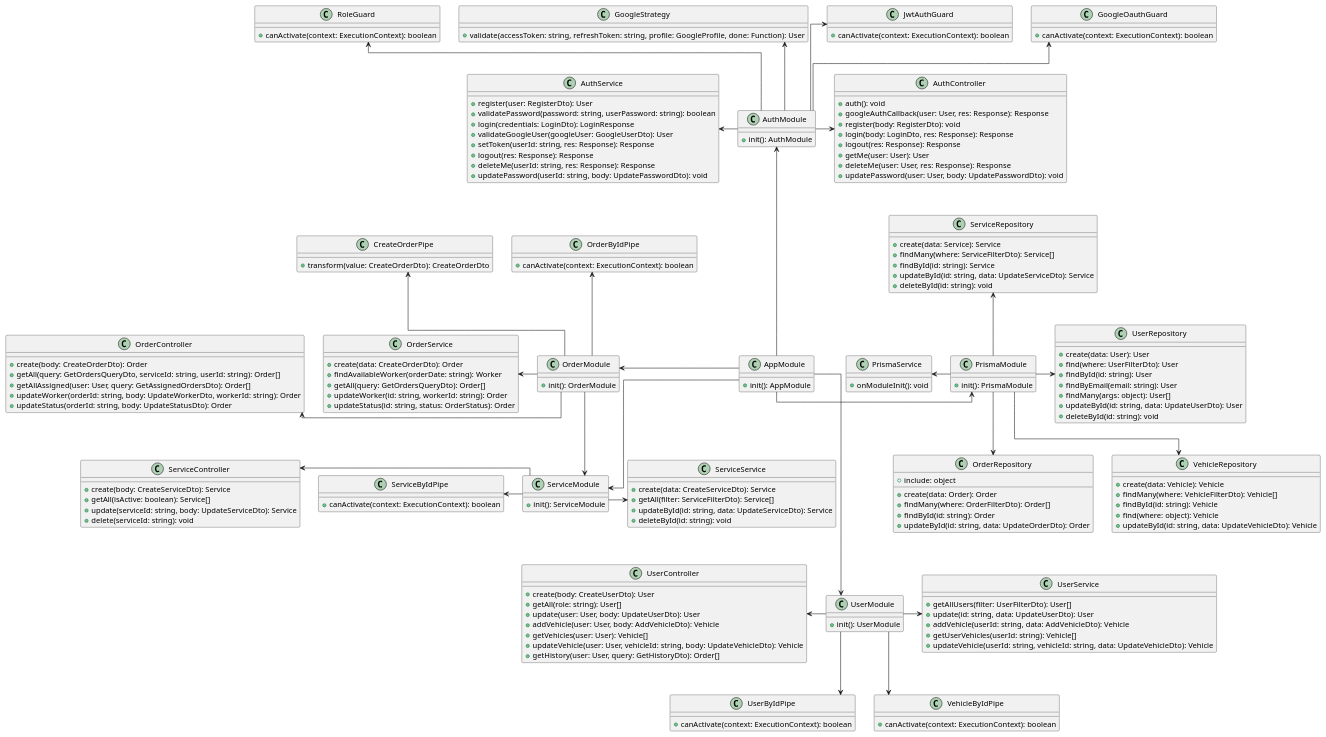
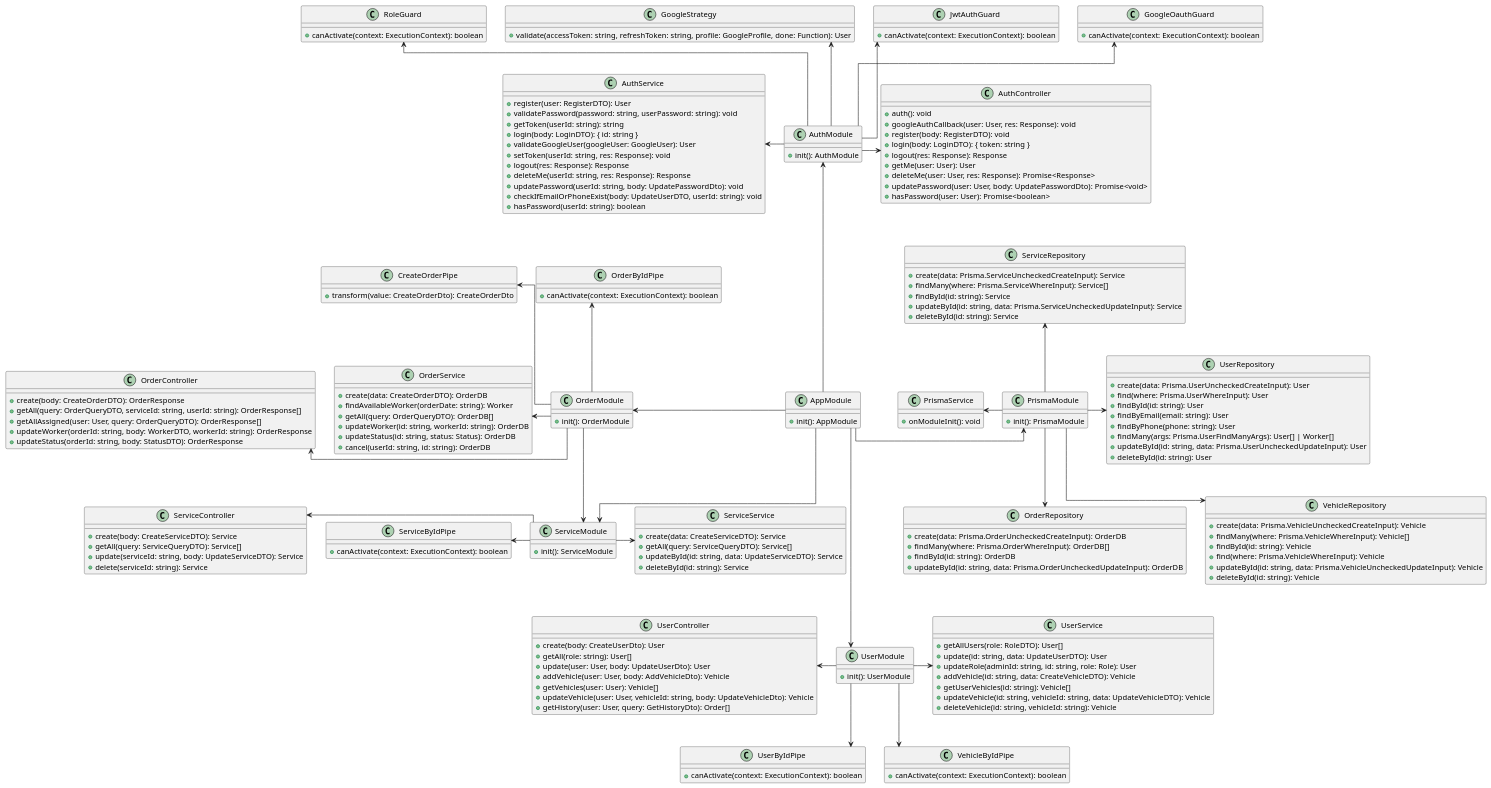
One commit to JessFreak/ServiceStation changed the diagram in diagrams/back/ClassDiagram.puml. Above: the diagram before and after it, drawn with PlantUML. The commit also changed 6 other files, not shown here.

Commit message:
docs/updated diagrams

```diff
--- a/diagrams/back/ClassDiagram.puml
+++ b/diagrams/back/ClassDiagram.puml
@@ -10,28 +10,29 @@
 
 class AuthController {
   + auth(): void
-  + googleAuthCallback(user: User, res: Response): Response
-  + register(body: RegisterDto): void
-  + login(body: LoginDto, res: Response): Response
+  + googleAuthCallback(user: User, res: Response): void
+  + register(body: RegisterDTO): void
+  + login(body: LoginDTO): { token: string }
   + logout(res: Response): Response
   + getMe(user: User): User
-  + deleteMe(user: User, res: Response): Response
-  + updatePassword(user: User, body: UpdatePasswordDto): void
+  + deleteMe(user: User, res: Response): Promise<Response>
+  + updatePassword(user: User, body: UpdatePasswordDto): Promise<void>
+  + hasPassword(user: User): Promise<boolean>
 }
 
 class OrderController {
-  + create(body: CreateOrderDto): Order
-  + getAll(query: GetOrdersQueryDto, serviceId: string, userId: string): Order[]
-  + getAllAssigned(user: User, query: GetAssignedOrdersDto): Order[]
-  + updateWorker(orderId: string, body: UpdateWorkerDto, workerId: string): Order
-  + updateStatus(orderId: string, body: UpdateStatusDto): Order
+  + create(body: CreateOrderDTO): OrderResponse
+  + getAll(query: OrderQueryDTO, serviceId: string, userId: string): OrderResponse[]
+  + getAllAssigned(user: User, query: OrderQueryDTO): OrderResponse[]
+  + updateWorker(orderId: string, body: WorkerDTO, workerId: string): OrderResponse
+  + updateStatus(orderId: string, body: StatusDTO): OrderResponse
 }
 
 class ServiceController {
-  + create(body: CreateServiceDto): Service
-  + getAll(isActive: boolean): Service[]
-  + update(serviceId: string, body: UpdateServiceDto): Service
-  + delete(serviceId: string): void
+  + create(body: CreateServiceDTO): Service
+  + getAll(query: ServiceQueryDTO): Service[]
+  + update(serviceId: string, body: UpdateServiceDTO): Service
+  + delete(serviceId: string): Service
 }
 
 class UserController {
@@ -69,71 +70,78 @@
 }
 
 class AuthService {
-  + register(user: RegisterDto): User
-  + validatePassword(password: string, userPassword: string): boolean
-  + login(credentials: LoginDto): LoginResponse
-  + validateGoogleUser(googleUser: GoogleUserDto): User
-  + setToken(userId: string, res: Response): Response
+  + register(user: RegisterDTO): User
+  + validatePassword(password: string, userPassword: string): void
+  + getToken(userId: string): string
+  + login(body: LoginDTO): { id: string }
+  + validateGoogleUser(googleUser: GoogleUser): User
+  + setToken(userId: string, res: Response): void
   + logout(res: Response): Response
   + deleteMe(userId: string, res: Response): Response
   + updatePassword(userId: string, body: UpdatePasswordDto): void
+  + checkIfEmailOrPhoneExist(body: UpdateUserDTO, userId: string): void
+  + hasPassword(userId: string): boolean
 }
 
 class OrderService {
-  + create(data: CreateOrderDto): Order
+  + create(data: CreateOrderDTO): OrderDB
   + findAvailableWorker(orderDate: string): Worker
-  + getAll(query: GetOrdersQueryDto): Order[]
-  + updateWorker(id: string, workerId: string): Order
-  + updateStatus(id: string, status: OrderStatus): Order
+  + getAll(query: OrderQueryDTO): OrderDB[]
+  + updateWorker(id: string, workerId: string): OrderDB
+  + updateStatus(id: string, status: Status): OrderDB
+  + cancel(userId: string, id: string): OrderDB
 }
 
 class ServiceService {
-  + create(data: CreateServiceDto): Service
-  + getAll(filter: ServiceFilterDto): Service[]
-  + updateById(id: string, data: UpdateServiceDto): Service
-  + deleteById(id: string): void
+  + create(data: CreateServiceDTO): Service
+  + getAll(query: ServiceQueryDTO): Service[]
+  + updateById(id: string, data: UpdateServiceDTO): Service
+  + deleteById(id: string): Service
 }
 
 class UserService {
-  + getAllUsers(filter: UserFilterDto): User[]
-  + update(id: string, data: UpdateUserDto): User
-  + addVehicle(userId: string, data: AddVehicleDto): Vehicle
-  + getUserVehicles(userId: string): Vehicle[]
-  + updateVehicle(userId: string, vehicleId: string, data: UpdateVehicleDto): Vehicle
+  + getAllUsers(role: RoleDTO): User[]
+  + update(id: string, data: UpdateUserDTO): User
+  + updateRole(adminId: string, id: string, role: Role): User
+  + addVehicle(id: string, data: CreateVehicleDTO): Vehicle
+  + getUserVehicles(id: string): Vehicle[]
+  + updateVehicle(id: string, vehicleId: string, data: UpdateVehicleDTO): Vehicle
+  + deleteVehicle(id: string, vehicleId: string): Vehicle
 }
 
 class OrderRepository {
-  + include: object
-  + create(data: Order): Order
-  + findMany(where: OrderFilterDto): Order[]
-  + findById(id: string): Order
-  + updateById(id: string, data: UpdateOrderDto): Order
+  + create(data: Prisma.OrderUncheckedCreateInput): OrderDB
+  + findMany(where: Prisma.OrderWhereInput): OrderDB[]
+  + findById(id: string): OrderDB
+  + updateById(id: string, data: Prisma.OrderUncheckedUpdateInput): OrderDB
 }
 
 class ServiceRepository {
-  + create(data: Service): Service
-  + findMany(where: ServiceFilterDto): Service[]
+  + create(data: Prisma.ServiceUncheckedCreateInput): Service
+  + findMany(where: Prisma.ServiceWhereInput): Service[]
   + findById(id: string): Service
-  + updateById(id: string, data: UpdateServiceDto): Service
-  + deleteById(id: string): void
+  + updateById(id: string, data: Prisma.ServiceUncheckedUpdateInput): Service
+  + deleteById(id: string): Service
 }
 
 class UserRepository {
-  + create(data: User): User
-  + find(where: UserFilterDto): User
+  + create(data: Prisma.UserUncheckedCreateInput): User
+  + find(where: Prisma.UserWhereInput): User
   + findById(id: string): User
   + findByEmail(email: string): User
-  + findMany(args: object): User[]
-  + updateById(id: string, data: UpdateUserDto): User
-  + deleteById(id: string): void
+  + findByPhone(phone: string): User
+  + findMany(args: Prisma.UserFindManyArgs): User[] | Worker[]
+  + updateById(id: string, data: Prisma.UserUncheckedUpdateInput): User
+  + deleteById(id: string): User
 }
 
 class VehicleRepository {
-  + create(data: Vehicle): Vehicle
-  + findMany(where: VehicleFilterDto): Vehicle[]
+  + create(data: Prisma.VehicleUncheckedCreateInput): Vehicle
+  + findMany(where: Prisma.VehicleWhereInput): Vehicle[]
   + findById(id: string): Vehicle
-  + find(where: object): Vehicle
-  + updateById(id: string, data: UpdateVehicleDto): Vehicle
+  + find(where: Prisma.VehicleWhereInput): Vehicle
+  + updateById(id: string, data: Prisma.VehicleUncheckedUpdateInput): Vehicle
+  + deleteById(id: string): Vehicle
 }
 
 class OrderByIdPipe {
```
